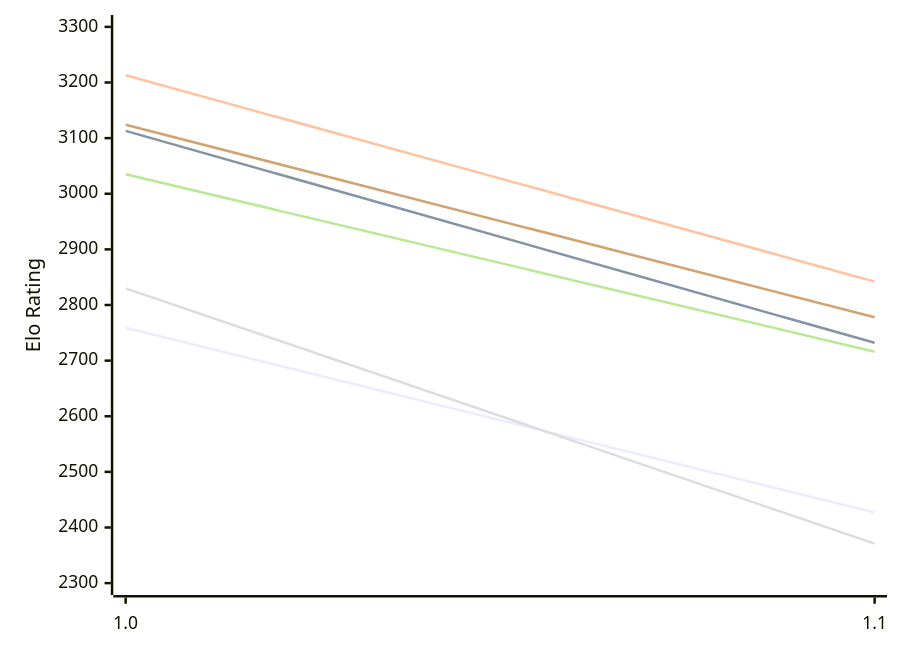
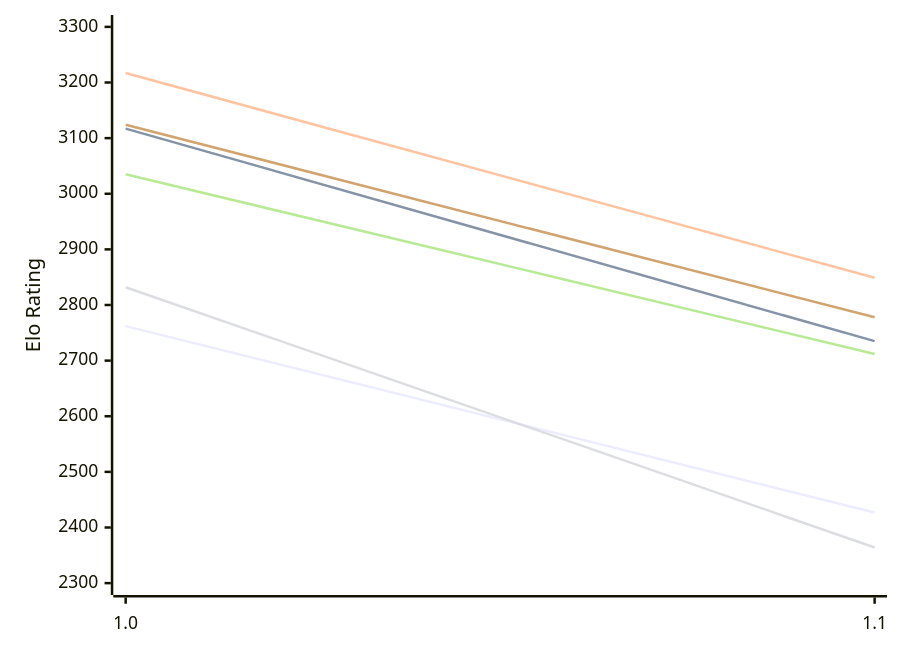
One commit to computer-chess-index/cci changed the first of 2 diagrams in engines/Publius.md. Above: the diagram before and after it, drawn with Mermaid. The commit also changed other lines of this file, not shown here.

Commit message:
Update CCI Ratings (ELO VLTC) - 2026-11-22

````diff
--- a/engines/Publius.md
+++ b/engines/Publius.md
@@ -50,12 +50,12 @@
 ```mermaid
 %%{init: {"theme":"base","themeVariables":{"seriesColors:['#a3a3a3','#222221','#faa371']}}}%%
 xychart-beta
   x-axis ["1.0", "1.1"]
   y-axis "Elo Rating" 2300 --> 3300
-  line "E1: STC (8.0+0.08s)" [2759, 2427]
-  line "E1: LTC (60.0+0.60s)" [3113, 2732]
-  line "E1: VLTC (2m24s+1.12s)" [3213, 2842]
-  line "P1: STC (8.0+0.08s)" [2830, 2371]
-  line "P1: LTC (60.0+0.60s)" [3035, 2716]
+  line "E1: STC (8.0+0.08s)" [2762, 2427]
+  line "E1: LTC (60.0+0.60s)" [3117, 2735]
+  line "E1: VLTC (2m24s+1.12s)" [3217, 2849]
+  line "P1: STC (8.0+0.08s)" [2832, 2364]
+  line "P1: LTC (60.0+0.60s)" [3035, 2712]
   line "P1: VLTC (2m24s+1.12s)" [3124, 2778]
 ```
````
